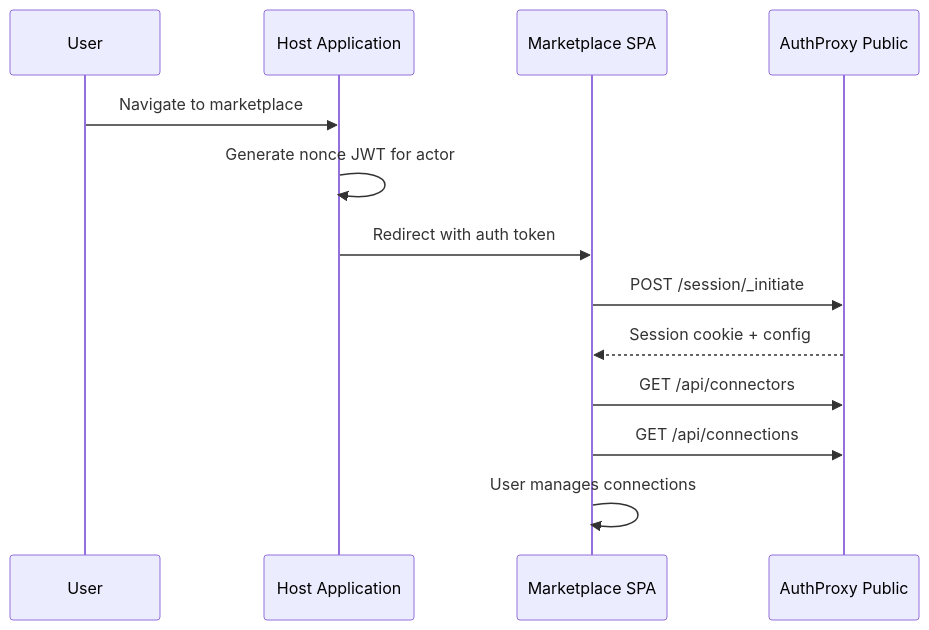
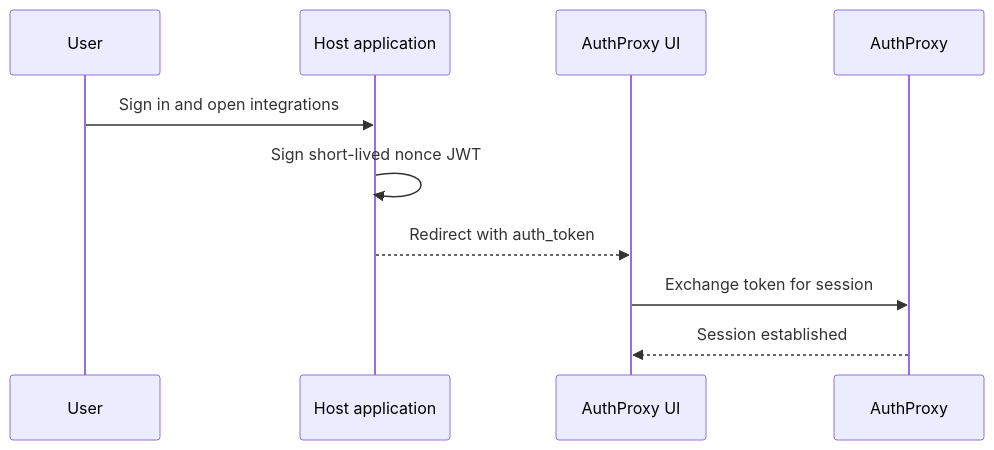
The second of 2 diagrams in README.md (rmorlok/authproxy), drawn with Mermaid before and after one commit. The commit also changed other lines of this file and 97 other files, not shown here.

````diff
--- a/README.md
+++ b/README.md
@@ -213,16 +64,13 @@
 ```mermaid
 sequenceDiagram
     participant User
-    participant Host as Host Application
-    participant SPA as Marketplace SPA
-    participant AP as AuthProxy Public
+    participant Host as Host application
+    participant UI as AuthProxy UI
+    participant AP as AuthProxy
 
-    User->>Host: Navigate to marketplace
-    Host->>Host: Generate nonce JWT for actor
-    Host->>SPA: Redirect with auth token
-    SPA->>AP: POST /session/_initiate
-    AP-->>SPA: Session cookie + config
-    SPA->>AP: GET /api/connectors
-    SPA->>AP: GET /api/connections
-    SPA->>SPA: User manages connections
+    User->>Host: Sign in and open integrations
+    Host->>Host: Sign short-lived nonce JWT
+    Host-->>UI: Redirect with auth_token
+    UI->>AP: Exchange token for session
+    AP-->>UI: Session established
 ```
````
